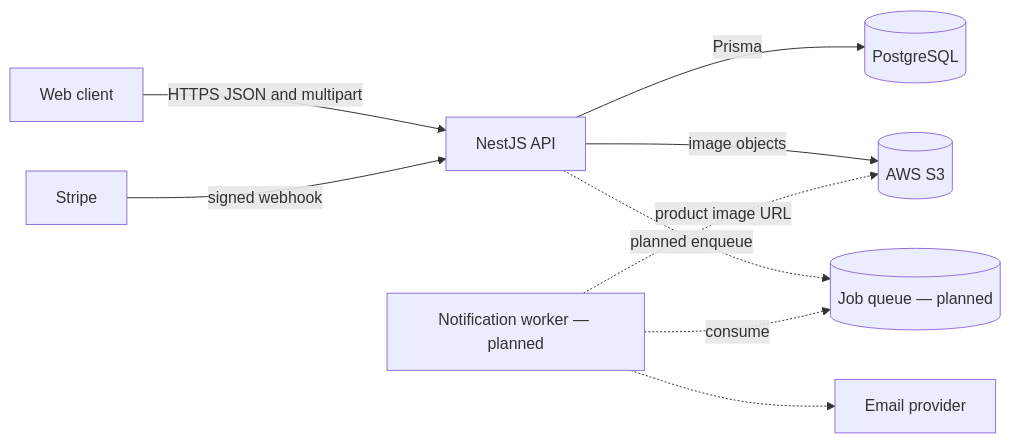
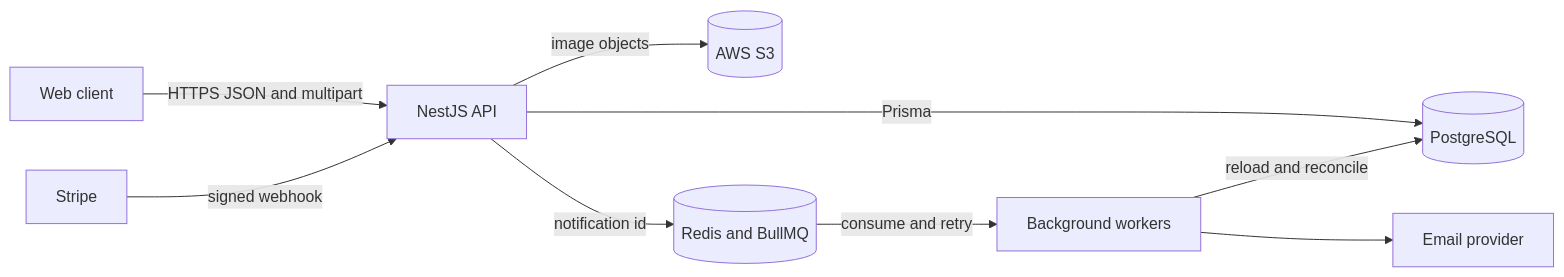
The diagram in docs/architecture.md (Alejandroq12/tshirt-store-api), drawn with Mermaid before and after one commit. The commit also changed other lines of this file and 5 other files, not shown here.

````diff
--- a/docs/architecture.md
+++ b/docs/architecture.md
@@ -9,11 +9,11 @@
 ```mermaid
 flowchart LR
   Web[Web client] -->|HTTPS JSON and multipart| API[NestJS API]
   Stripe[Stripe] -->|signed webhook| API
   API -->|Prisma| DB[(PostgreSQL)]
   API -->|image objects| S3[(AWS S3)]
-  API -.->|planned enqueue| Queue[(Job queue — planned)]
-  Worker[Notification worker — planned] -.->|consume| Queue
-  Worker -.->|product image URL| S3
-  Worker -.-> Email[Email provider]
+  API -->|notification id| Queue[(Redis and BullMQ)]
+  Queue -->|consume and retry| Worker[Background workers]
+  Worker -->|reload and reconcile| DB
+  Worker --> Email[Email provider]
 ```
````
